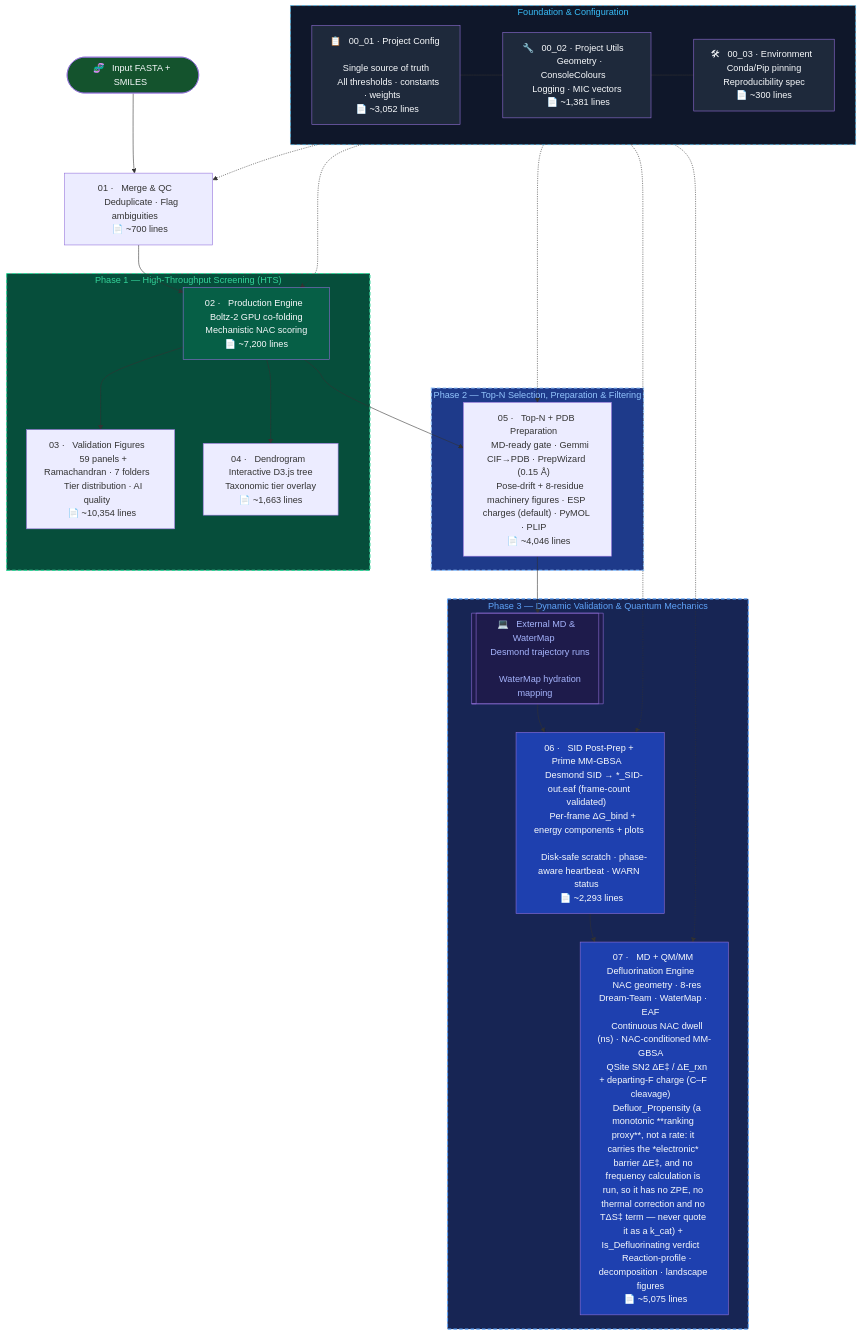
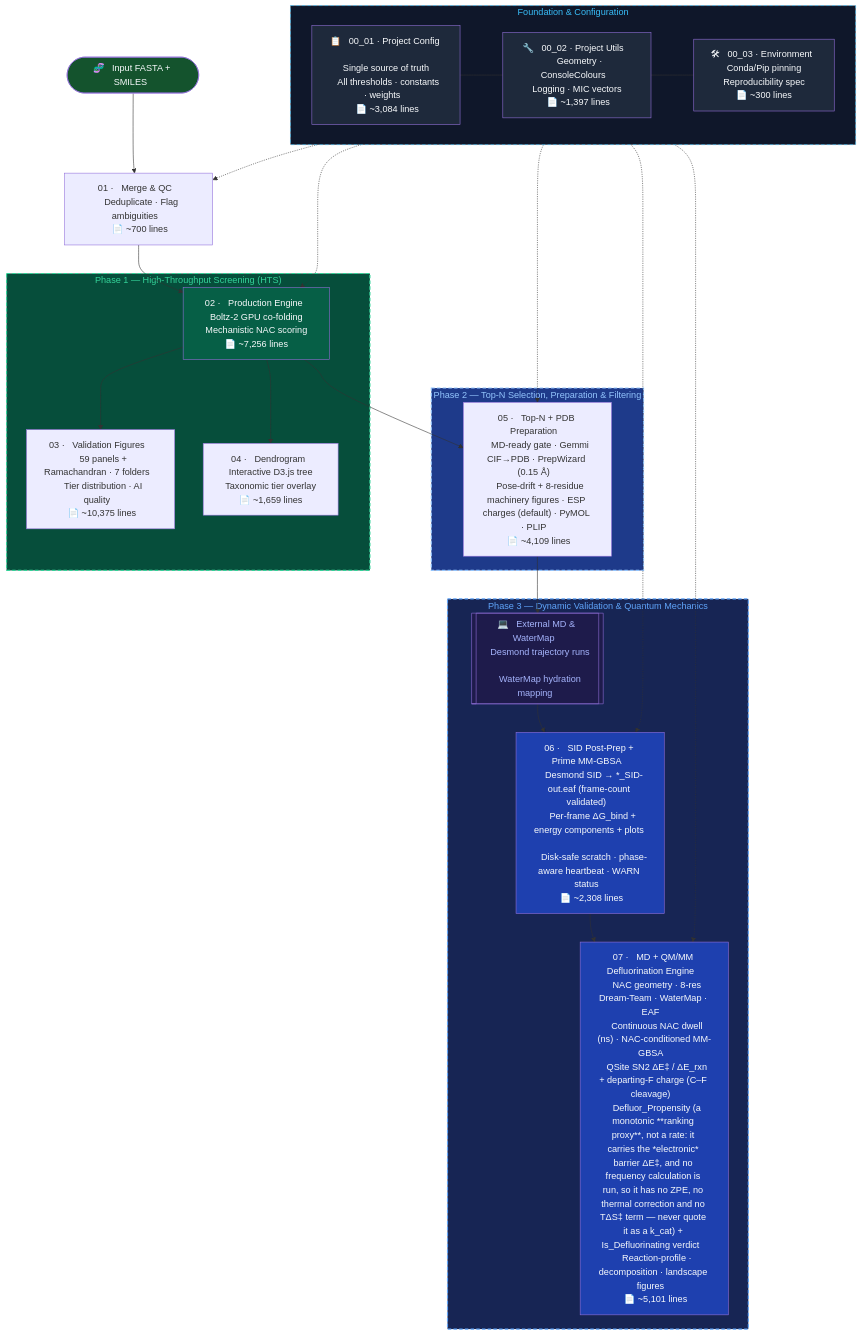
Before and after one commit to KU-MGB/DeFluorX: the diagram in README.md, drawn with Mermaid.

Commit message:
docs: refresh README Mermaid per-script LOC labels after the review batches
00_01 3084 · 00_02 1397 · 02 7256 · 03 10375 · 04 1659 · 05 4109 · 06 2308 · 07 5101.

Author: ShabanAhmad

````diff
--- a/README.md
+++ b/README.md
@@ -190,56 +190,56 @@
 ```mermaid
 flowchart TD
     subgraph FOUNDATION["  Foundation & Configuration  "]
-        CFG["📋 &nbsp; 00_01 · Project Config &nbsp; \n &nbsp; Single source of truth &nbsp; \n &nbsp; All thresholds · constants · weights &nbsp; \n &nbsp; 📄 ~3,052 lines &nbsp; "]
-        UTL["🔧 &nbsp; 00_02 · Project Utils &nbsp; \n &nbsp; Geometry · ConsoleColours &nbsp; \n &nbsp; Logging · MIC vectors &nbsp; \n &nbsp; 📄 ~1,381 lines &nbsp; "]
+        CFG["📋 &nbsp; 00_01 · Project Config &nbsp; \n &nbsp; Single source of truth &nbsp; \n &nbsp; All thresholds · constants · weights &nbsp; \n &nbsp; 📄 ~3,084 lines &nbsp; "]
+        UTL["🔧 &nbsp; 00_02 · Project Utils &nbsp; \n &nbsp; Geometry · ConsoleColours &nbsp; \n &nbsp; Logging · MIC vectors &nbsp; \n &nbsp; 📄 ~1,397 lines &nbsp; "]
         ENV["🛠 &nbsp; 00_03 · Environment &nbsp; \n &nbsp; Conda/Pip pinning &nbsp; \n &nbsp; Reproducibility spec &nbsp; \n &nbsp; 📄 ~300 lines &nbsp; "]
         CFG --- UTL --- ENV
     end
 
     START(["🧬 &nbsp; Input FASTA + SMILES &nbsp;"]) --> M1
     M1["01 · &nbsp; Merge & QC &nbsp; \n &nbsp; Deduplicate · Flag ambiguities &nbsp; \n &nbsp; 📄 ~700 lines &nbsp; "] --> M2
 
     subgraph PHASE1["  Phase 1 — High-Throughput Screening (HTS)  "]
-        M2["02 · &nbsp; Production Engine &nbsp; \n &nbsp; Boltz-2 GPU co-folding &nbsp; \n &nbsp; Mechanistic NAC scoring &nbsp; \n &nbsp; 📄 ~7,200 lines &nbsp; "]
-        M3["03 · &nbsp; Validation Figures &nbsp; \n &nbsp; 59 panels + Ramachandran · 7 folders &nbsp; \n &nbsp; Tier distribution · AI quality &nbsp; \n &nbsp; 📄 ~10,354 lines &nbsp; "]
-        M4["04 · &nbsp; Dendrogram &nbsp; \n &nbsp; Interactive D3.js tree &nbsp; \n &nbsp; Taxonomic tier overlay &nbsp; \n &nbsp; 📄 ~1,663 lines &nbsp; "]
+        M2["02 · &nbsp; Production Engine &nbsp; \n &nbsp; Boltz-2 GPU co-folding &nbsp; \n &nbsp; Mechanistic NAC scoring &nbsp; \n &nbsp; 📄 ~7,256 lines &nbsp; "]
+        M3["03 · &nbsp; Validation Figures &nbsp; \n &nbsp; 59 panels + Ramachandran · 7 folders &nbsp; \n &nbsp; Tier distribution · AI quality &nbsp; \n &nbsp; 📄 ~10,375 lines &nbsp; "]
+        M4["04 · &nbsp; Dendrogram &nbsp; \n &nbsp; Interactive D3.js tree &nbsp; \n &nbsp; Taxonomic tier overlay &nbsp; \n &nbsp; 📄 ~1,659 lines &nbsp; "]
         M2 --> M3
         M2 --> M4
     end
 
     M2 --> M5
 
     subgraph PHASE2["  Phase 2 — Top-N Selection, Preparation & Filtering  "]
-        M5["05 · &nbsp; Top-N + PDB Preparation &nbsp; \n &nbsp; MD-ready gate · Gemmi CIF→PDB · PrepWizard (0.15 Å) &nbsp; \n &nbsp; Pose-drift + 8-residue machinery figures · ESP charges (default) · PyMOL · PLIP &nbsp; \n &nbsp; 📄 ~4,046 lines &nbsp; "]
+        M5["05 · &nbsp; Top-N + PDB Preparation &nbsp; \n &nbsp; MD-ready gate · Gemmi CIF→PDB · PrepWizard (0.15 Å) &nbsp; \n &nbsp; Pose-drift + 8-residue machinery figures · ESP charges (default) · PyMOL · PLIP &nbsp; \n &nbsp; 📄 ~4,109 lines &nbsp; "]
     end
 
     M5 --> EXT_MD
 
     subgraph PHASE3["  Phase 3 — Dynamic Validation & Quantum Mechanics  "]
         EXT_MD[["💻 &nbsp; External MD & WaterMap &nbsp; \n &nbsp; Desmond trajectory runs &nbsp; \n &nbsp; WaterMap hydration mapping &nbsp;"]]
-        M6["06 · &nbsp; SID Post-Prep + Prime MM-GBSA &nbsp; \n &nbsp; Desmond SID → *_SID-out.eaf (frame-count validated) &nbsp; \n &nbsp; Per-frame ΔG_bind + energy components + plots &nbsp; \n &nbsp; Disk-safe scratch · phase-aware heartbeat · WARN status &nbsp; \n &nbsp; 📄 ~2,293 lines &nbsp; "]
-        M7["07 · &nbsp; MD + QM/MM Defluorination Engine &nbsp; \n &nbsp; NAC geometry · 8-res Dream-Team · WaterMap · EAF &nbsp; \n &nbsp; Continuous NAC dwell (ns) · NAC-conditioned MM-GBSA &nbsp; \n &nbsp; QSite SN2 ΔE‡ / ΔE_rxn + departing-F charge (C–F cleavage) &nbsp; \n &nbsp; Defluor_Propensity (a monotonic **ranking proxy**, not a rate: it carries the *electronic* barrier ΔE‡, and no frequency calculation is run, so it has no ZPE, no thermal correction and no TΔS‡ term — never quote it as a k_cat) + Is_Defluorinating verdict &nbsp; \n &nbsp; Reaction-profile · decomposition · landscape figures &nbsp; \n &nbsp; 📄 ~5,075 lines &nbsp; "]
+        M6["06 · &nbsp; SID Post-Prep + Prime MM-GBSA &nbsp; \n &nbsp; Desmond SID → *_SID-out.eaf (frame-count validated) &nbsp; \n &nbsp; Per-frame ΔG_bind + energy components + plots &nbsp; \n &nbsp; Disk-safe scratch · phase-aware heartbeat · WARN status &nbsp; \n &nbsp; 📄 ~2,308 lines &nbsp; "]
+        M7["07 · &nbsp; MD + QM/MM Defluorination Engine &nbsp; \n &nbsp; NAC geometry · 8-res Dream-Team · WaterMap · EAF &nbsp; \n &nbsp; Continuous NAC dwell (ns) · NAC-conditioned MM-GBSA &nbsp; \n &nbsp; QSite SN2 ΔE‡ / ΔE_rxn + departing-F charge (C–F cleavage) &nbsp; \n &nbsp; Defluor_Propensity (a monotonic **ranking proxy**, not a rate: it carries the *electronic* barrier ΔE‡, and no frequency calculation is run, so it has no ZPE, no thermal correction and no TΔS‡ term — never quote it as a k_cat) + Is_Defluorinating verdict &nbsp; \n &nbsp; Reaction-profile · decomposition · landscape figures &nbsp; \n &nbsp; 📄 ~5,101 lines &nbsp; "]
         EXT_MD --> M6 --> M7
     end
 
     %% Dependencies
     FOUNDATION -.-> M1
     FOUNDATION -.-> M2
     FOUNDATION -.-> M5
     FOUNDATION -.-> M6
     FOUNDATION -.-> M7
 
     style FOUNDATION fill:#0f172a,color:#38bdf8,stroke:#38bdf8
     style CFG fill:#1e293b,color:#f8fafc
     style UTL fill:#1e293b,color:#f8fafc
     style ENV fill:#1e293b,color:#f8fafc
     style PHASE1 fill:#064e3b,color:#34d399,stroke:#34d399,stroke-width:2px,stroke-dasharray: 6 4
     style PHASE2 fill:#1e3a8a,color:#93c5fd,stroke:#93c5fd,stroke-width:2px,stroke-dasharray: 6 4
     style PHASE3 fill:#172554,color:#60a5fa,stroke:#60a5fa,stroke-width:2px,stroke-dasharray: 6 4
     style FOUNDATION stroke-dasharray: 6 4
     style M2 fill:#065f46,color:#f8fafc
     style M6 fill:#1e40af,color:#f8fafc
     style M7 fill:#1e40af,color:#f8fafc
     style START fill:#14532d,color:#f8fafc
     style EXT_MD fill:#1e1b4b,color:#a5b4fc
 ```
````
